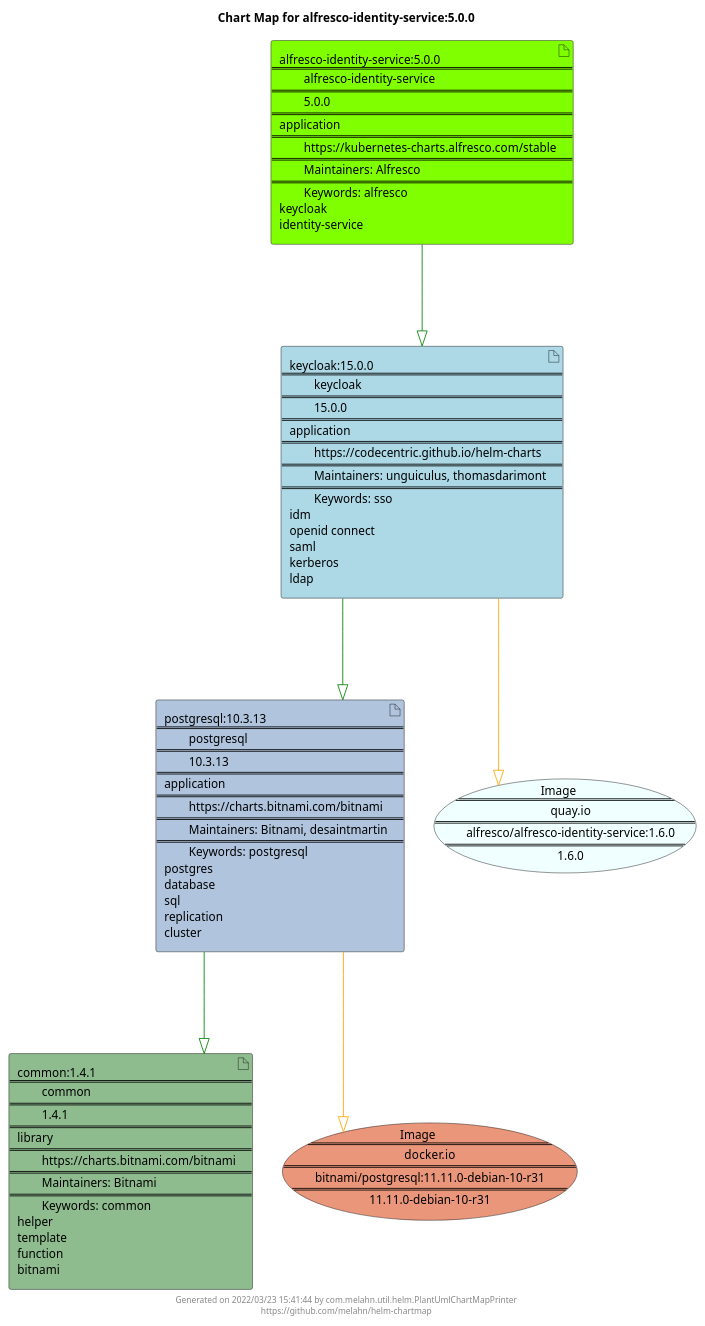
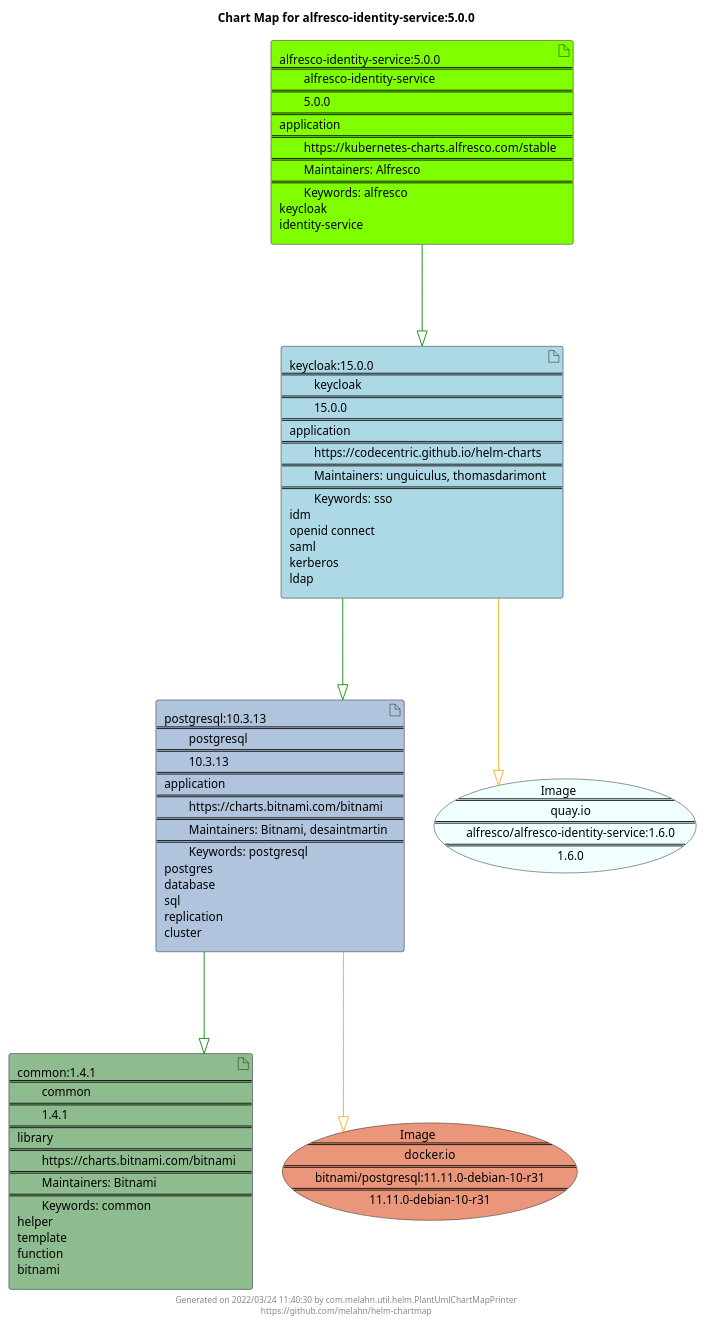
One commit to melahn/helm-chartmap changed the diagram in docs/alfresco-identity-service/alfresco-identity-service-5.0.0.puml. Above: the diagram before and after it, drawn with PlantUML. The commit also changed 54 other files, not shown here.

Commit message:
Update Example Chart Maps as part of GitHub build

```diff
--- a/docs/alfresco-identity-service/alfresco-identity-service-5.0.0.puml
+++ b/docs/alfresco-identity-service/alfresco-identity-service-5.0.0.puml
@@ -1,29 +1,29 @@
 @startuml
 skinparam linetype ortho
 skinparam backgroundColor white
 skinparam usecaseBorderColor black
 skinparam usecaseArrowColor LightSlateGray
 skinparam artifactBorderColor black
 skinparam artifactArrowColor LightSlateGray
 
 title Chart Map for alfresco-identity-service:5.0.0
 
 'There are 4 referenced Helm Charts
 artifact "common:1.4.1\n====\n\tcommon\n====\n\t1.4.1\n====\nlibrary\n====\n\thttps://charts.bitnami.com/bitnami\n====\n\tMaintainers: Bitnami\n====\n\tKeywords: common\nhelper\ntemplate\nfunction\nbitnami" as common_1_4_1 #DarkSeaGreen
 artifact "alfresco-identity-service:5.0.0\n====\n\talfresco-identity-service\n====\n\t5.0.0\n====\napplication\n====\n\thttps://kubernetes-charts.alfresco.com/stable\n====\n\tMaintainers: Alfresco\n====\n\tKeywords: alfresco\nkeycloak\nidentity-service" as alfresco_identity_service_5_0_0 #Chartreuse
 artifact "postgresql:10.3.13\n====\n\tpostgresql\n====\n\t10.3.13\n====\napplication\n====\n\thttps://charts.bitnami.com/bitnami\n====\n\tMaintainers: Bitnami, desaintmartin\n====\n\tKeywords: postgresql\npostgres\ndatabase\nsql\nreplication\ncluster" as postgresql_10_3_13 #LightSteelBlue
 artifact "keycloak:15.0.0\n====\n\tkeycloak\n====\n\t15.0.0\n====\napplication\n====\n\thttps://codecentric.github.io/helm-charts\n====\n\tMaintainers: unguiculus, thomasdarimont\n====\n\tKeywords: sso\nidm\nopenid connect\nsaml\nkerberos\nldap" as keycloak_15_0_0 #LightBlue
 
 'There are 2 referenced Docker Images
 usecase "Image\n====\n\tquay.io\n====\n\talfresco/alfresco-identity-service:1.6.0\n====\n\t1.6.0" as quay_io_alfresco_alfresco_identity_service_1_6_0 #Azure
 usecase "Image\n====\n\tdocker.io\n====\n\tbitnami/postgresql:11.11.0-debian-10-r31\n====\n\t11.11.0-debian-10-r31" as docker_io_bitnami_postgresql_11_11_0_debian_10_r31 #DarkSalmon
 
 'Chart Dependencies
 alfresco_identity_service_5_0_0--[#green]-|>keycloak_15_0_0
 keycloak_15_0_0--[#green]-|>postgresql_10_3_13
 postgresql_10_3_13--[#green]-|>common_1_4_1
 postgresql_10_3_13--[#orange]-|>docker_io_bitnami_postgresql_11_11_0_debian_10_r31
 keycloak_15_0_0--[#orange]-|>quay_io_alfresco_alfresco_identity_service_1_6_0
 
-center footer Generated on 2022/03/23 15:41:44 by com.melahn.util.helm.PlantUmlChartMapPrinter\nhttps://github.com/melahn/helm-chartmap
+center footer Generated on 2022/03/24 11:40:30 by com.melahn.util.helm.PlantUmlChartMapPrinter\nhttps://github.com/melahn/helm-chartmap
 @enduml
```
